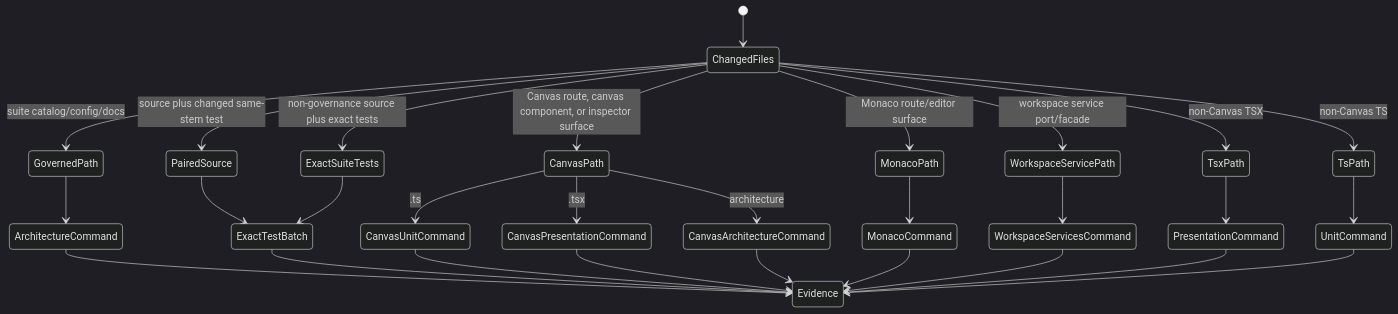
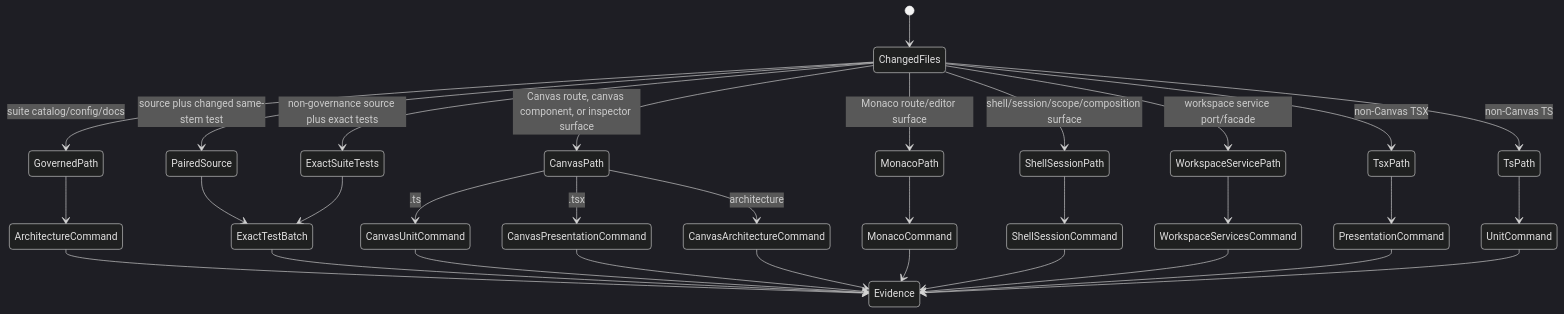
Before and after one commit to dunay2/dvt: the first of 2 diagrams in docs/architecture/components/web/web-vitest-changed-suite-router-component.md, drawn with Mermaid (dark theme). The commit also changed other lines of this file and 41 other files, not shown here.

````diff
--- a/docs/architecture/components/web/web-vitest-changed-suite-router-component.md
+++ b/docs/architecture/components/web/web-vitest-changed-suite-router-component.md
@@ -82,31 +88,34 @@
 ```mermaid
 stateDiagram-v2
   [*] --> ChangedFiles
   ChangedFiles --> GovernedPath: suite catalog/config/docs
   ChangedFiles --> PairedSource: source plus changed same-stem test
   ChangedFiles --> ExactSuiteTests: non-governance source plus exact tests
   ChangedFiles --> CanvasPath: Canvas route, canvas component, or inspector surface
   ChangedFiles --> MonacoPath: Monaco route/editor surface
+  ChangedFiles --> ShellSessionPath: shell/session/scope/composition surface
   ChangedFiles --> WorkspaceServicePath: workspace service port/facade
   ChangedFiles --> TsxPath: non-Canvas TSX
   ChangedFiles --> TsPath: non-Canvas TS
   GovernedPath --> ArchitectureCommand
   PairedSource --> ExactTestBatch
   ExactSuiteTests --> ExactTestBatch
   CanvasPath --> CanvasUnitCommand: .ts
   CanvasPath --> CanvasPresentationCommand: .tsx
   CanvasPath --> CanvasArchitectureCommand: architecture
   MonacoPath --> MonacoCommand
+  ShellSessionPath --> ShellSessionCommand
   WorkspaceServicePath --> WorkspaceServicesCommand
   TsxPath --> PresentationCommand
   TsPath --> UnitCommand
   ArchitectureCommand --> Evidence
   ExactTestBatch --> Evidence
   CanvasUnitCommand --> Evidence
   CanvasPresentationCommand --> Evidence
   CanvasArchitectureCommand --> Evidence
   MonacoCommand --> Evidence
+  ShellSessionCommand --> Evidence
   WorkspaceServicesCommand --> Evidence
   PresentationCommand --> Evidence
   UnitCommand --> Evidence
 ```
````
